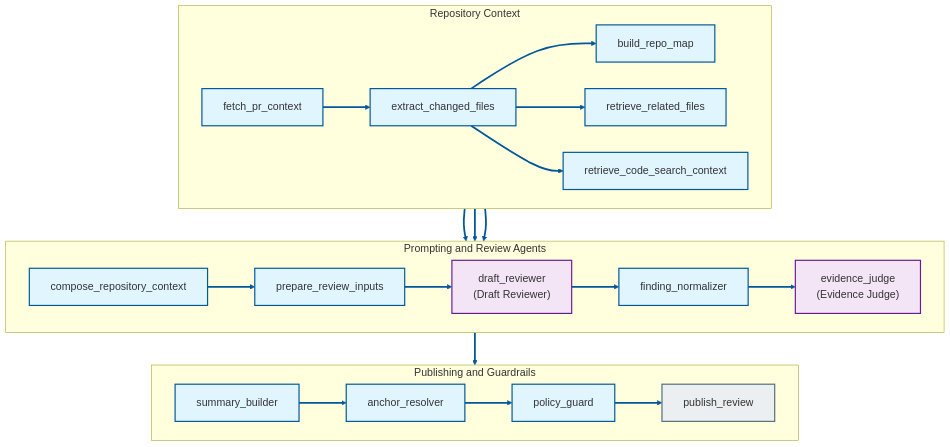
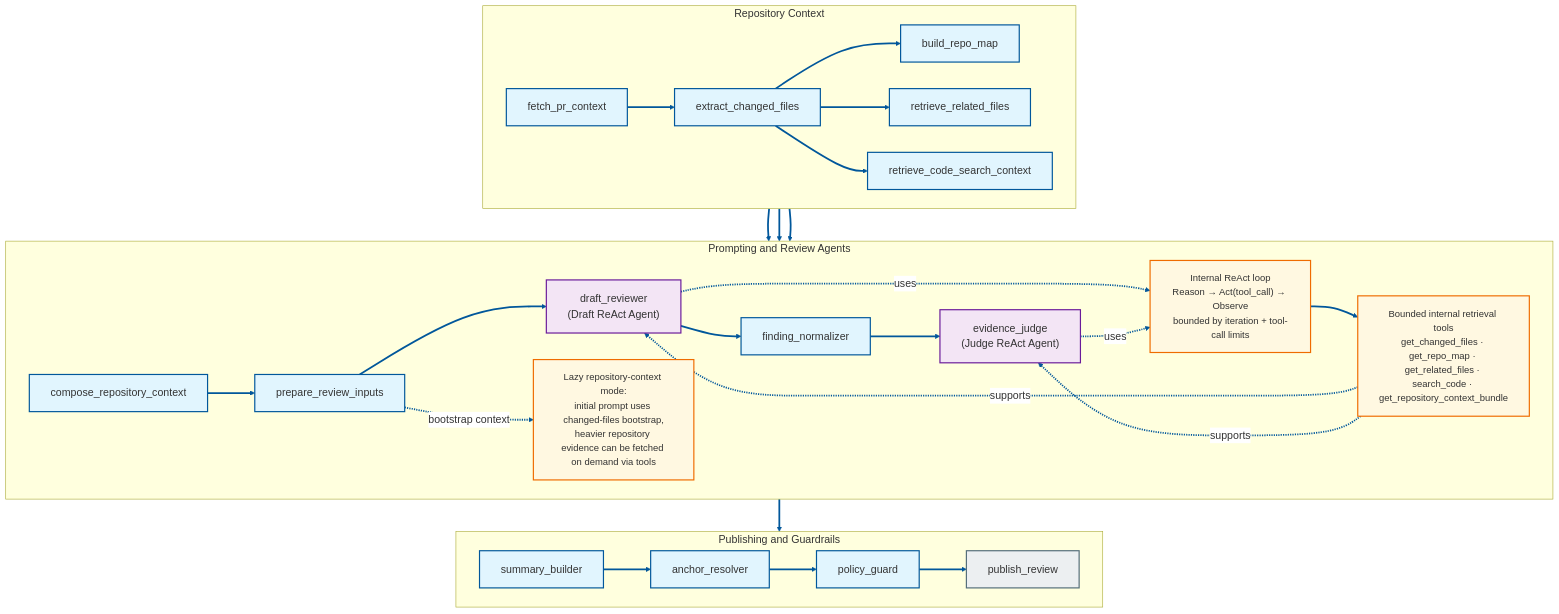
One commit to aravin-86/reflex-reviewer changed the second of 2 diagrams in README.md. Above: the diagram before and after it, drawn with Mermaid. The commit also changed other lines of this file, not shown here.

Commit message:
docs(readme.md) review flow diagram updated to be inline with actual review graph

````diff
--- a/README.md
+++ b/README.md
@@ -157,36 +157,47 @@
 ```mermaid
 %%{init: {'themeVariables': {'fontSize': '18px', 'lineColor': '#01579b', 'edgeLabelBackground': '#ffffff'}, 'flowchart': {'curve': 'basis', 'nodeSpacing': 45, 'rankSpacing': 55, 'padding': 18}} }%%
 flowchart TB
     classDef llmAgent fill:#f3e5f5,stroke:#6a1b9a,stroke-width:2px,font-size:18px;
     classDef deterministic fill:#e1f5fe,stroke:#01579b,stroke-width:2px,font-size:18px;
+    classDef reactMeta fill:#fff8e1,stroke:#ef6c00,stroke-width:2px,font-size:16px;
     classDef terminal fill:#eceff1,stroke:#546e7a,stroke-width:2px,font-size:18px;
 
     subgraph ctx["Repository Context"]
         direction LR
         fetch_pr_context["fetch_pr_context"] --> extract_changed_files["extract_changed_files"]
         extract_changed_files --> build_repo_map["build_repo_map"]
         extract_changed_files --> retrieve_related_files["retrieve_related_files"]
         extract_changed_files --> retrieve_code_search_context["retrieve_code_search_context"]
     end
 
     subgraph infer["Prompting and Review Agents"]
         direction LR
-        compose_repository_context["compose_repository_context"] --> prepare_review_inputs["prepare_review_inputs"] --> draft_reviewer["draft_reviewer<br/>(Draft Reviewer)"] --> finding_normalizer["finding_normalizer"] --> evidence_judge["evidence_judge<br/>(Evidence Judge)"]
+        compose_repository_context["compose_repository_context"] --> prepare_review_inputs["prepare_review_inputs"] --> draft_reviewer["draft_reviewer<br/>(Draft ReAct Agent)"] --> finding_normalizer["finding_normalizer"] --> evidence_judge["evidence_judge<br/>(Judge ReAct Agent)"]
+        react_loop["Internal ReAct loop<br/>Reason → Act(tool_call) → Observe<br/>bounded by iteration + tool-call limits"]
+        react_tools["Bounded internal retrieval tools<br/>get_changed_files · get_repo_map · get_related_files · search_code · get_repository_context_bundle"]
+        lazy_note["Lazy repository-context mode:<br/>initial prompt uses changed-files bootstrap,<br/>heavier repository evidence can be fetched on demand via tools"]
     end
 
     subgraph publish["Publishing and Guardrails"]
         direction LR
         summary_builder["summary_builder"] --> anchor_resolver["anchor_resolver"] --> policy_guard["policy_guard"] --> publish_review["publish_review"]
     end
 
     build_repo_map --> compose_repository_context
     retrieve_related_files --> compose_repository_context
     retrieve_code_search_context --> compose_repository_context
     evidence_judge --> summary_builder
+    draft_reviewer -.uses.-> react_loop
+    evidence_judge -.uses.-> react_loop
+    react_loop --> react_tools
+    react_tools -.supports.-> draft_reviewer
+    react_tools -.supports.-> evidence_judge
+    prepare_review_inputs -.bootstrap context.-> lazy_note
 
     class draft_reviewer,evidence_judge llmAgent;
     class fetch_pr_context,extract_changed_files,build_repo_map,retrieve_related_files,retrieve_code_search_context,compose_repository_context,prepare_review_inputs,finding_normalizer,summary_builder,anchor_resolver,policy_guard deterministic;
+    class react_loop,react_tools,lazy_note reactMeta;
     class publish_review terminal;
 
     linkStyle default stroke:#01579b,stroke-width:3px;
 ```
````
